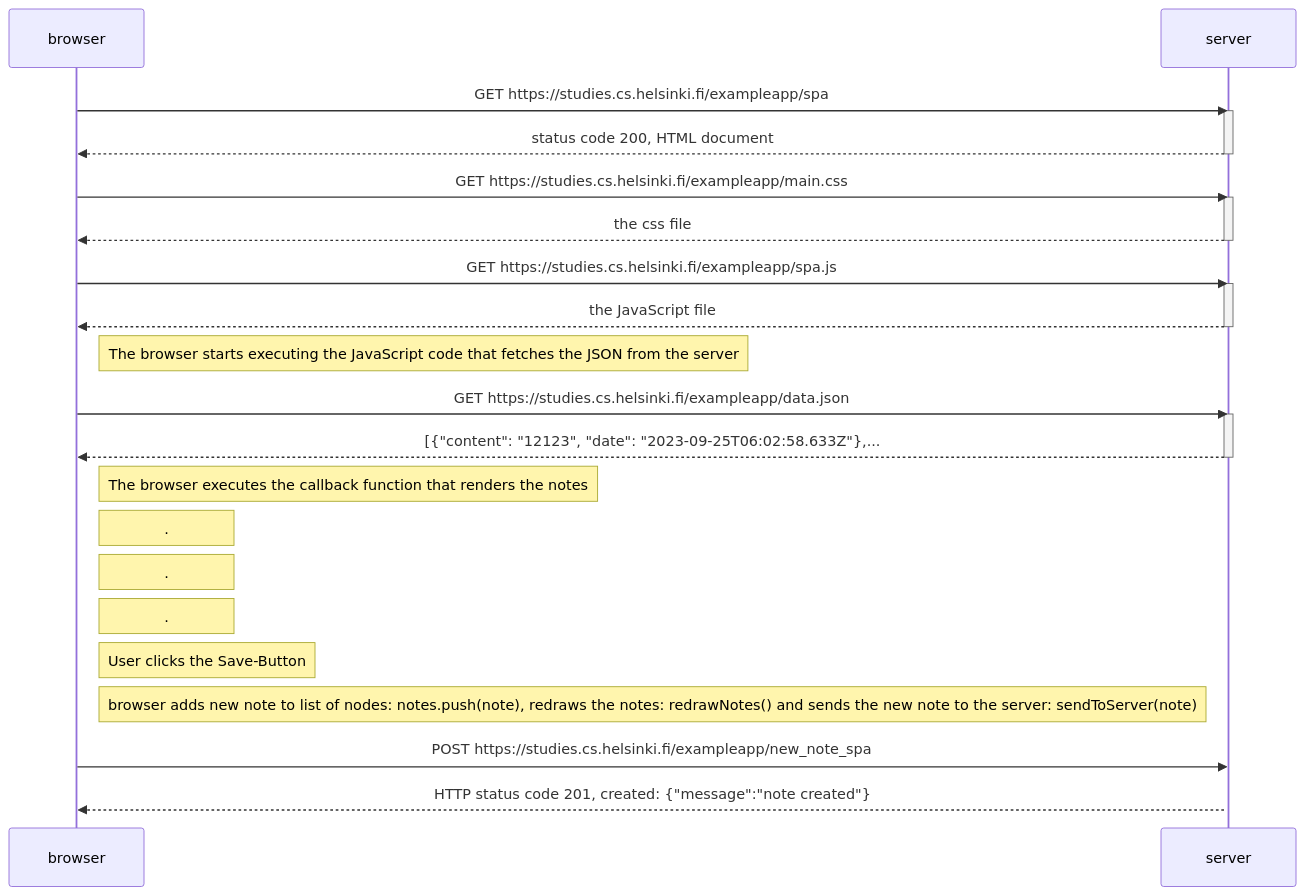
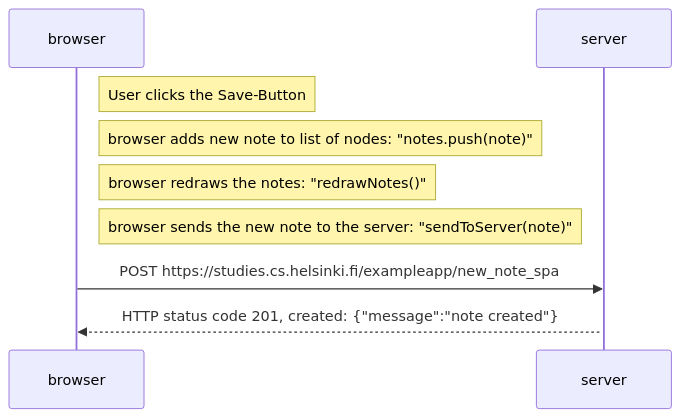
Before and after one commit to illestefan/FullstackOpen: the diagram in part0/NewNoteSpa_Diagram.md, drawn with Mermaid.

Commit message:
changed NewNoteSpa to show that only the POST is sent

````diff
--- a/part0/NewNoteSpa_Diagram.md
+++ b/part0/NewNoteSpa_Diagram.md
@@ -1,40 +1,14 @@
 ```mermaid
 sequenceDiagram
     participant browser
     participant server
 
-    browser->>server: GET https://studies.cs.helsinki.fi/exampleapp/spa
-    activate server
-    server-->>browser: status code 200, HTML document
-    deactivate server
-
-    browser->>server: GET https://studies.cs.helsinki.fi/exampleapp/main.css
-    activate server
-    server-->>browser: the css file
-    deactivate server
-
-    browser->>server: GET https://studies.cs.helsinki.fi/exampleapp/spa.js
-    activate server
-    server-->>browser: the JavaScript file
-    deactivate server
-
-    Note right of browser: The browser starts executing the JavaScript code that fetches the JSON from the server
-
-    browser->>server: GET https://studies.cs.helsinki.fi/exampleapp/data.json
-    activate server
-    server-->>browser: [{"content": "12123", "date": "2023-09-25T06:02:58.633Z"},...
-    deactivate server
-
-    Note right of browser: The browser executes the callback function that renders the notes
-
-    Note right of browser: .
-    Note right of browser: .
-    Note right of browser: .
-
     Note right of browser: User clicks the Save-Button
-    Note right of browser: browser adds new note to list of nodes: notes.push(note), redraws the notes: redrawNotes() and sends the new note to the server: sendToServer(note)
+    Note right of browser: browser adds new note to list of nodes: "notes.push(note)"
+    Note right of browser: browser redraws the notes: "redrawNotes()" 
+    Note right of browser: browser sends the new note to the server: "sendToServer(note)"
 
     browser->>server: POST https://studies.cs.helsinki.fi/exampleapp/new_note_spa
     activate server
     server-->>browser: HTTP status code 201, created: {"message":"note created"}
 ```
````
